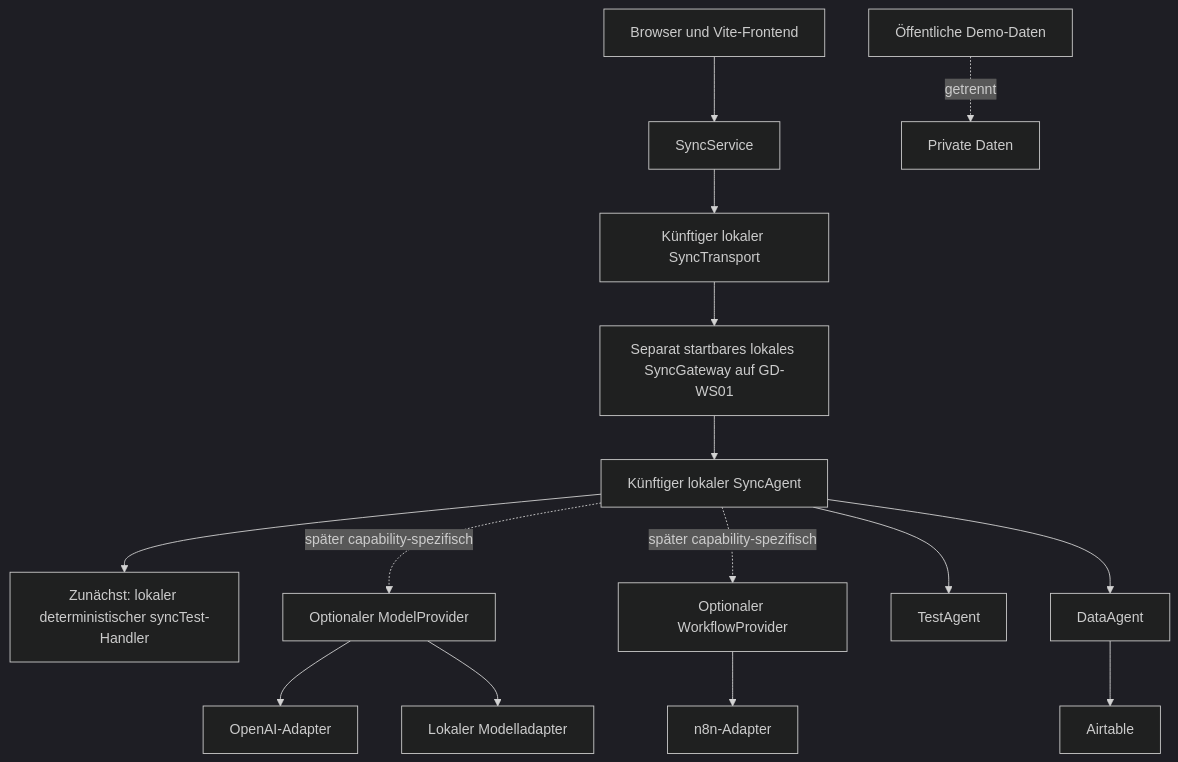
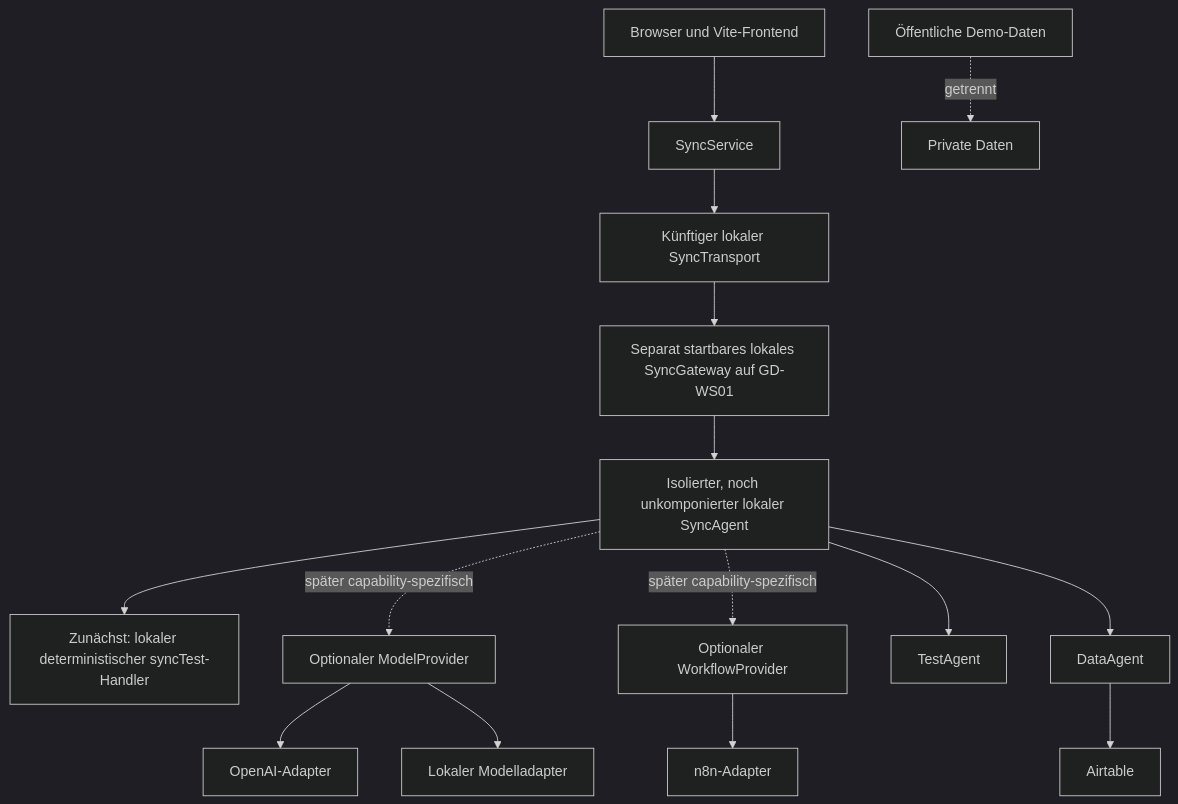
One commit to Varudan/goldendawn-os changed the diagram in docs/security.md. Above: the diagram before and after it, drawn with Mermaid (dark theme). The commit also changed other lines of this file and 12 other files, not shown here.

````diff
--- a/docs/security.md
+++ b/docs/security.md
@@ -61,18 +61,18 @@
 ```mermaid
 flowchart TD
     Browser["Browser und Vite-Frontend"] --> Service["SyncService"]
     Service --> Transport["Künftiger lokaler SyncTransport"]
     Transport --> Gateway["Separat startbares lokales SyncGateway auf GD-WS01"]
-    Gateway --> Sync["Künftiger lokaler SyncAgent"]
+    Gateway --> Sync["Isolierter, noch unkomponierter lokaler SyncAgent"]
     Sync --> LocalHandler["Zunächst: lokaler deterministischer syncTest-Handler"]
     Sync -.->|später capability-spezifisch| ModelProvider["Optionaler ModelProvider"]
     ModelProvider --> OpenAI["OpenAI-Adapter"]
     ModelProvider --> LocalModel["Lokaler Modelladapter"]
     Sync -.->|später capability-spezifisch| WorkflowProvider["Optionaler WorkflowProvider"]
     WorkflowProvider --> N8n["n8n-Adapter"]
     Sync --> Test["TestAgent"]
     Sync --> Data["DataAgent"]
     Data --> Airtable["Airtable"]
 
     Public["Öffentliche Demo-Daten"] -. getrennt .-> Private["Private Daten"]
 ```
````
